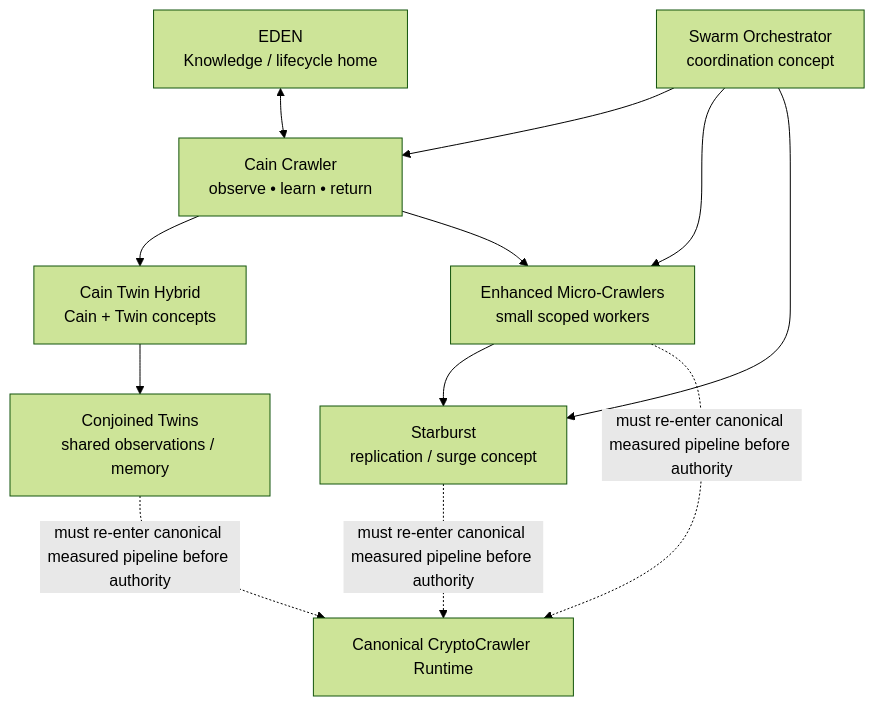
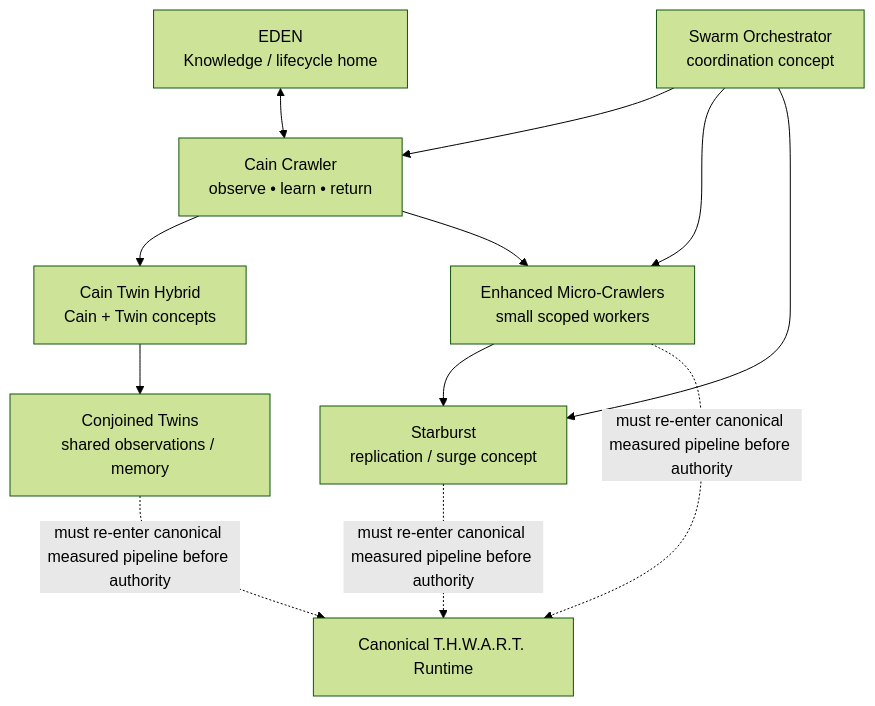
Before and after one commit to Rjdclink/Bad-Blue: diagram 14 of 20 in README.md, drawn with Mermaid (forest theme). The commit also changed other lines of this file, not shown here.

Commit message:
Rename CryptoCrawler to T.H.W.A.R.T. in README

````diff
--- a/README.md
+++ b/README.md
@@ -1033,24 +1033,24 @@
 ```mermaid
 flowchart TD
     EDEN["EDEN\nKnowledge / lifecycle home"]
 
     CAIN["Cain Crawler\nobserve • learn • return"]
     HYBRID["Cain Twin Hybrid\nCain + Twin concepts"]
     TWINS["Conjoined Twins\nshared observations / memory"]
     MICRO["Enhanced Micro-Crawlers\nsmall scoped workers"]
     STAR["Starburst\nreplication / surge concept"]
     ORCH["Swarm Orchestrator\ncoordination concept"]
 
     EDEN <--> CAIN
     CAIN --> HYBRID
     HYBRID --> TWINS
     CAIN --> MICRO
     MICRO --> STAR
     ORCH --> CAIN
     ORCH --> MICRO
     ORCH --> STAR
 
-    STAR -. "must re-enter canonical measured pipeline before authority" .-> CANON["Canonical CryptoCrawler Runtime"]
+    STAR -. "must re-enter canonical measured pipeline before authority" .-> CANON["Canonical T.H.W.A.R.T. Runtime"]
     TWINS -. "must re-enter canonical measured pipeline before authority" .-> CANON
     MICRO -. "must re-enter canonical measured pipeline before authority" .-> CANON
 ```
````
